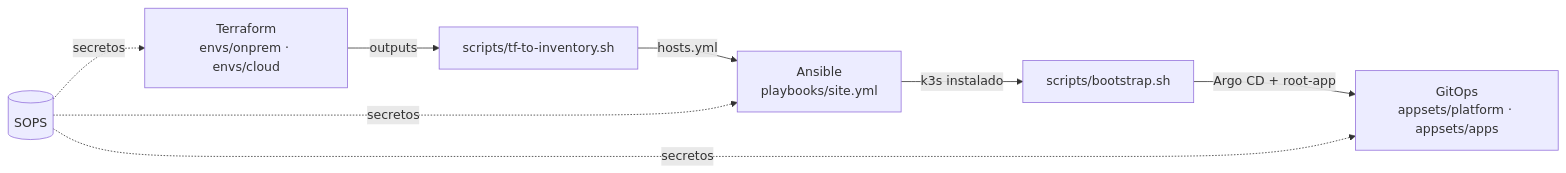
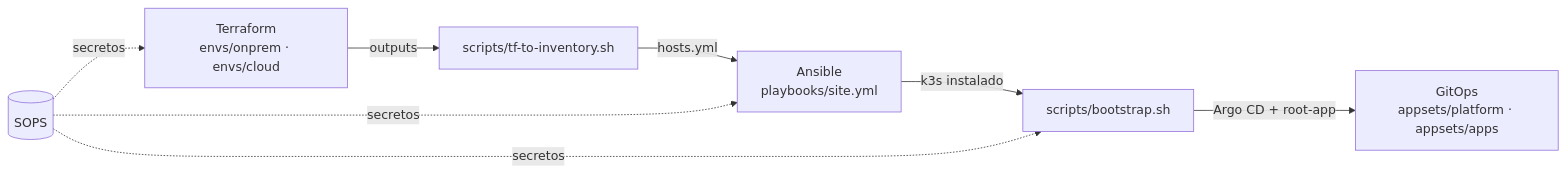
One commit to nachogtan/tfg-plataforma-hibrida changed the first of 2 diagrams in docs/arquitectura.md. Above: the diagram before and after it, drawn with Mermaid. The commit also changed other lines of this file and 5 other files, not shown here.

````diff
--- a/docs/arquitectura.md
+++ b/docs/arquitectura.md
@@ -19,10 +22,10 @@
 ```mermaid
 flowchart LR
     TF[Terraform<br/>envs/onprem · envs/cloud] -->|outputs| INV[scripts/tf-to-inventory.sh]
     INV -->|hosts.yml| ANS[Ansible<br/>playbooks/site.yml]
     ANS -->|k3s instalado| BOOT[scripts/bootstrap.sh]
     BOOT -->|Argo CD + root-app| GIT[GitOps<br/>appsets/platform · appsets/apps]
     SOPS[(SOPS)] -.secretos.-> TF
     SOPS -.secretos.-> ANS
-    SOPS -.secretos.-> GIT
+    SOPS -.secretos.-> BOOT
 ```
````
